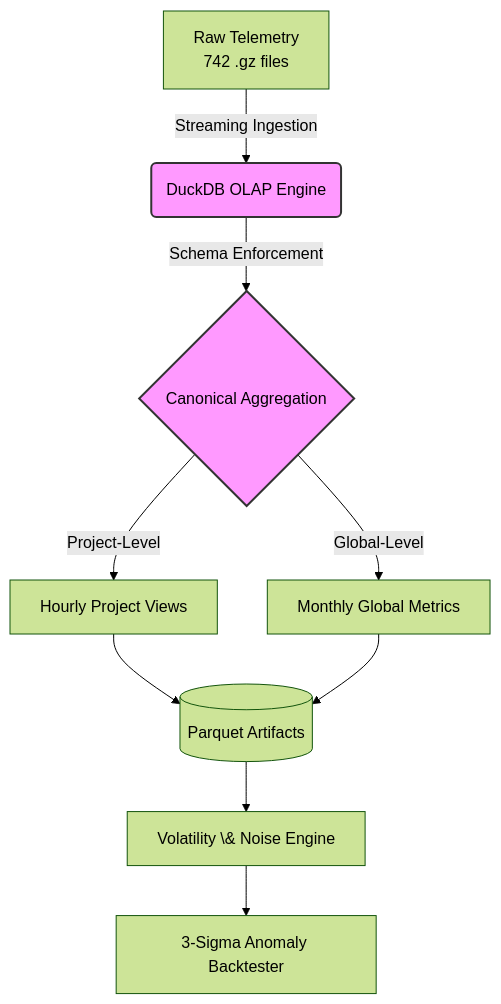
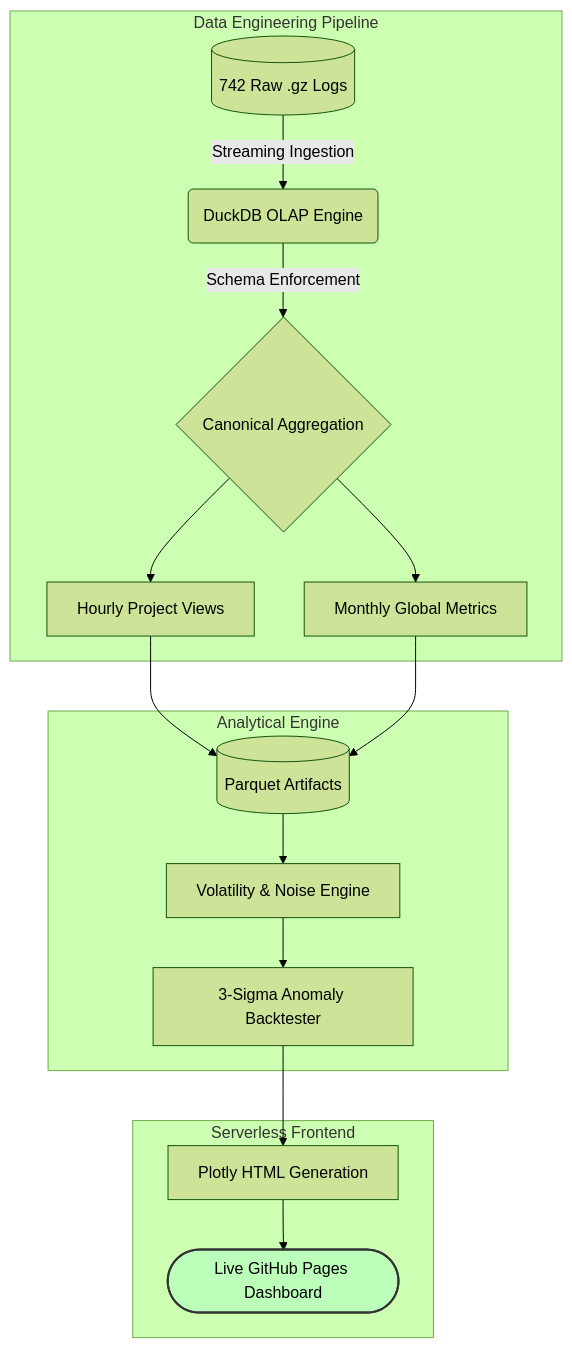
One commit to AD1007/Reliabillity-Demand-Dynamics-analysis changed the diagram in README.md. Above: the diagram before and after it, drawn with Mermaid (forest theme). The commit also changed other lines of this file, not shown here.

````diff
--- a/README.md
+++ b/README.md
@@ -22,17 +23,23 @@
 ```mermaid
-graph TD
-    A[Raw Telemetry <br> 742 .gz files] -->|Streaming Ingestion| B(DuckDB OLAP Engine)
-    B -->|Schema Enforcement| C{Canonical Aggregation}
+flowchart TD
+    subgraph Data Engineering Pipeline
+        A[(742 Raw .gz Logs)] -->|Streaming Ingestion| B(DuckDB OLAP Engine)
+        B -->|Schema Enforcement| C{Canonical Aggregation}
+        C --> D[Hourly Project Views]
+        C --> E[Monthly Global Metrics]
+    end
 
-    C -->|Project-Level| D[Hourly Project Views]
-    C -->|Global-Level| E[Monthly Global Metrics]
+    subgraph Analytical Engine
+        D --> F[(Parquet Artifacts)]
+        E --> F
+        F --> G[Volatility & Noise Engine]
+        G --> H[3-Sigma Anomaly Backtester]
+    end
 
-    D --> F[(Parquet Artifacts)]
-    E --> F
+    subgraph Serverless Frontend
+        H --> I[Plotly HTML Generation]
+        I --> J([Live GitHub Pages Dashboard])
+    end
 
-    F --> G[Volatility \& Noise Engine]
-    G --> H[3-Sigma Anomaly Backtester]
-
-    classDef database fill:#f9f,stroke:#333,stroke-width:2px;
-    class B,C database;
+    style J fill:#bfb,stroke:#333,stroke-width:2px,color:#000
 ```
````
